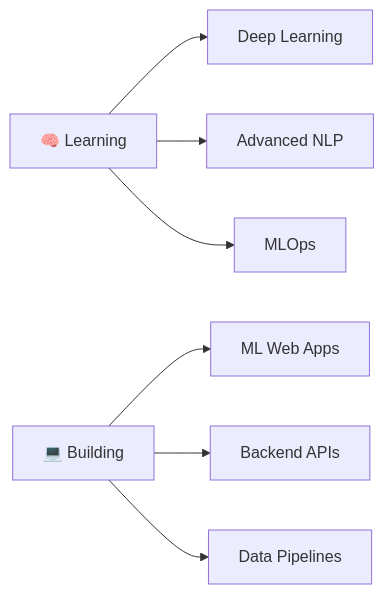
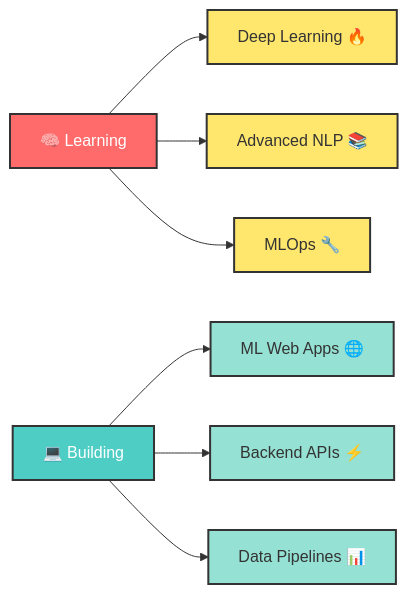
Before and after one commit to GuptaSigma/GUPTA-SAGAR: the diagram in README.md, drawn with Mermaid. The commit also changed other lines of this file, not shown here.

````diff
--- a/README.md
+++ b/README.md
@@ -185,9 +210,18 @@
 ```mermaid
 graph LR
-    A[🧠 Learning] --> B[Deep Learning]
-    A --> C[Advanced NLP]
-    A --> D[MLOps]
-    E[💻 Building] --> F[ML Web Apps]
-    E --> G[Backend APIs]
-    E --> H[Data Pipelines]
+    A[🧠 Learning] --> B[Deep Learning 🔥]
+    A --> C[Advanced NLP 📚]
+    A --> D[MLOps 🔧]
+    E[💻 Building] --> F[ML Web Apps 🌐]
+    E --> G[Backend APIs ⚡]
+    E --> H[Data Pipelines 📊]
+    
+    style A fill:#ff6b6b,stroke:#333,stroke-width: 2px,color:#fff
+    style E fill:#4ecdc4,stroke:#333,stroke-width:2px,color:#fff
+    style B fill:#ffe66d,stroke:#333,stroke-width:2px,color:#333
+    style C fill:#ffe66d,stroke:#333,stroke-width:2px,color:#333
+    style D fill:#ffe66d,stroke:#333,stroke-width:2px,color:#333
+    style F fill:#95e1d3,stroke:#333,stroke-width:2px,color:#333
+    style G fill:#95e1d3,stroke:#333,stroke-width:2px,color:#333
+    style H fill:#95e1d3,stroke:#333,stroke-width:2px,color:#333
 ```
````
